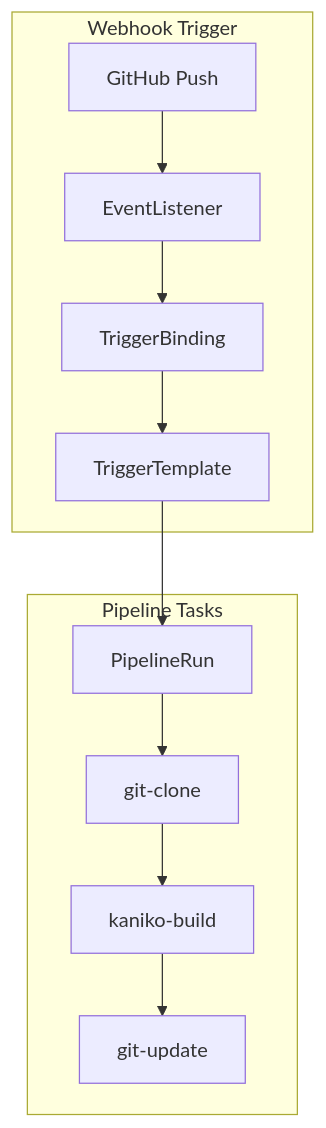
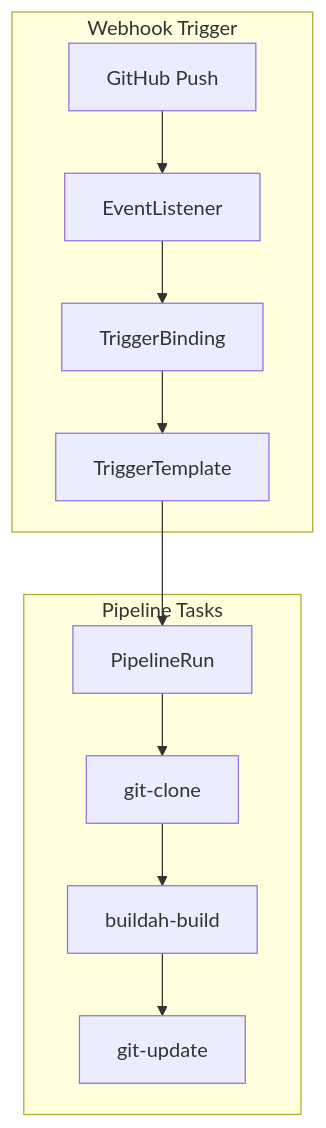
The first of 7 diagrams in docs/design/tekton-cue-mapping-design.md (helios-platform-team/helios-platform), drawn with Mermaid before and after one commit. The commit also changed other lines of this file and 152 other files, not shown here.

````diff
--- a/docs/design/tekton-cue-mapping-design.md
+++ b/docs/design/tekton-cue-mapping-design.md
@@ -36,16 +36,16 @@
 ```mermaid
 flowchart TD
     subgraph Trigger["Webhook Trigger"]
         A[GitHub Push] --> B[EventListener]
         B --> C[TriggerBinding]
         C --> D[TriggerTemplate]
     end
     
     D --> E[PipelineRun]
     
     subgraph Pipeline["Pipeline Tasks"]
         E --> F[git-clone]
-        F --> G[kaniko-build]
+        F --> G[buildah-build]
         G --> H[git-update]
     end
 ```
````
